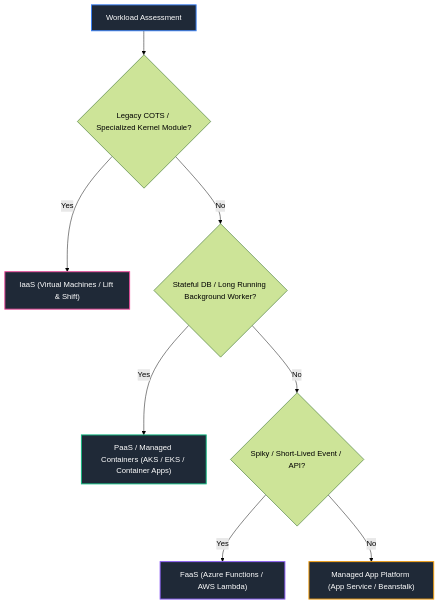
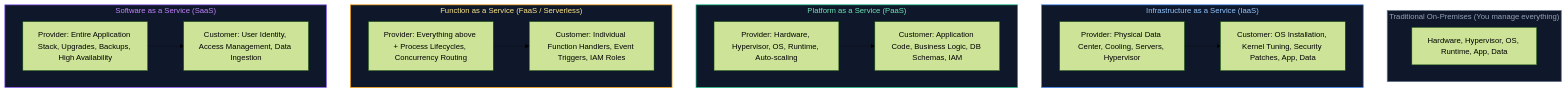
The second of 10 diagrams in Cloud Engineering/03_cloud_fundamentals_and_architecture.md (joydeep-biswas/Interview-Preparation), drawn with Mermaid (forest theme) before and after one commit. The commit also changed other lines of this file and 143 other files, not shown here.

````diff
--- a/Cloud Engineering/03_cloud_fundamentals_and_architecture.md
+++ b/Cloud Engineering/03_cloud_fundamentals_and_architecture.md
@@ -119,16 +143,36 @@
 ```mermaid
 flowchart TD
-    Start["Workload Assessment"] --> Legacy{"Legacy COTS / Specialized Kernel Module?"}
-    Legacy -->|"Yes"| IaaS["IaaS (Virtual Machines / Lift & Shift)"]
-    Legacy -->|"No"| Stateful{"Stateful DB / Long Running Background Worker?"}
-    Stateful -->|"Yes"| Containers["PaaS / Managed Containers (AKS / EKS / Container Apps)"]
-    Stateful -->|"No"| EventDriven{"Spiky / Short-Lived Event / API?"}
-    EventDriven -->|"Yes"| Serverless["FaaS (Azure Functions / AWS Lambda)"]
-    EventDriven -->|"No"| AppPlatform["Managed App Platform (App Service / Beanstalk)"]
+    subgraph OnPrem ["Traditional On-Premises (You manage everything)"]
+        OP["Hardware, Hypervisor, OS, Runtime, App, Data"]
+    end
 
-    style Start fill:#1f2937,stroke:#3b82f6,stroke-width:2px,color:#fff
-    style IaaS fill:#1f2937,stroke:#ec4899,stroke-width:2px,color:#fff
-    style Containers fill:#1f2937,stroke:#10b981,stroke-width:2px,color:#fff
-    style Serverless fill:#1f2937,stroke:#8b5cf6,stroke-width:2px,color:#fff
-    style AppPlatform fill:#1f2937,stroke:#f59e0b,stroke-width:2px,color:#fff
+    subgraph IaaS ["Infrastructure as a Service (IaaS)"]
+        IaaS_P["Provider: Physical Data Center, Cooling, Servers, Hypervisor"]
+        IaaS_C["Customer: OS Installation, Kernel Tuning, Security Patches, App, Data"]
+        IaaS_P -.-> IaaS_C
+    end
+
+    subgraph PaaS ["Platform as a Service (PaaS)"]
+        PaaS_P["Provider: Hardware, Hypervisor, OS, Runtime, Auto-scaling"]
+        PaaS_C["Customer: Application Code, Business Logic, DB Schemas, IAM"]
+        PaaS_P -.-> PaaS_C
+    end
+
+    subgraph FaaS ["Function as a Service (FaaS / Serverless)"]
+        FaaS_P["Provider: Everything above + Process Lifecycles, Concurrency Routing"]
+        FaaS_C["Customer: Individual Function Handlers, Event Triggers, IAM Roles"]
+        FaaS_P -.-> FaaS_C
+    end
+
+    subgraph SaaS ["Software as a Service (SaaS)"]
+        SaaS_P["Provider: Entire Application Stack, Upgrades, Backups, High Availability"]
+        SaaS_C["Customer: User Identity, Access Management, Data Ingestion"]
+        SaaS_P -.-> SaaS_C
+    end
+
+    style OnPrem fill:#0f172a,stroke:#64748b,stroke-width:1.5px,color:#94a3b8
+    style IaaS fill:#0f172a,stroke:#3b82f6,stroke-width:1.5px,color:#93c5fd
+    style PaaS fill:#0f172a,stroke:#10b981,stroke-width:1.5px,color:#6ee7b7
+    style FaaS fill:#0f172a,stroke:#f59e0b,stroke-width:1.5px,color:#fde68a
+    style SaaS fill:#0f172a,stroke:#8b5cf6,stroke-width:1.5px,color:#c084fc
 ```
````
